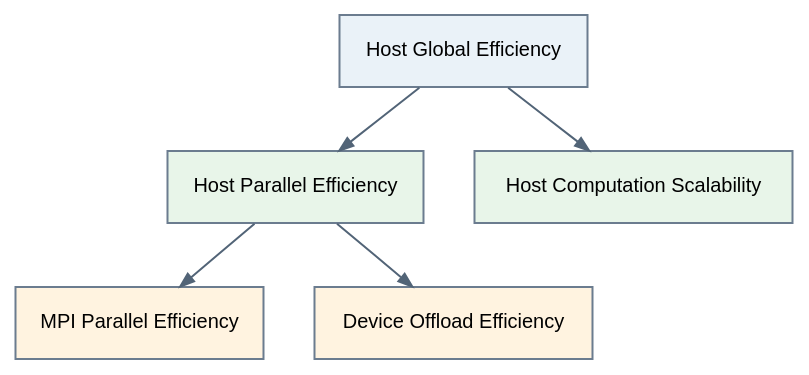
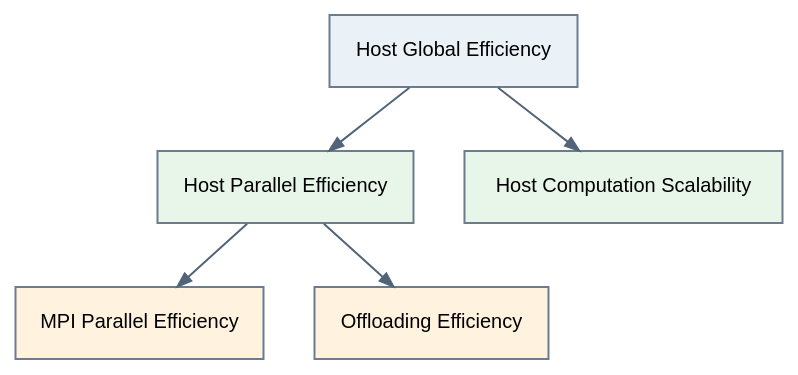
Before and after one commit to bsc-performance-tools/basicanalysis: the diagram in doc/source/graphs/06_host_efficiency_hierarchy.dot, drawn with Graphviz. The commit also changed 13 other files, not shown here.

First line of the commit message:
Review the metric definitions and rename Device Offload Efficiency to Offloading Efficiency

```diff
--- a/doc/source/graphs/06_host_efficiency_hierarchy.dot
+++ b/doc/source/graphs/06_host_efficiency_hierarchy.dot
@@ -1,55 +1,55 @@
    digraph HostEfficiencyHierarchy {
        rankdir=TB;
 
        graph [
            bgcolor="transparent",
            nodesep=0.35,
            ranksep=0.45
        ];
 
        node [
            shape=box,
            fontname="Helvetica",
            fontsize=10,
            style="filled",
            color="#6B7C8F",
            penwidth=1.0
        ];
 
        edge [
            color="#526477",
            penwidth=1.0,
            arrowsize=0.7
        ];
 
        host_global [
            label="Host Global Efficiency",
            fillcolor="#EAF2F8"
        ];
 
        host_parallel [
            label="Host Parallel Efficiency",
            fillcolor="#E8F5E9"
        ];
 
        mpi_parallel [
            label="MPI Parallel Efficiency",
            fillcolor="#FFF3E0"
        ];
 
        device_offload [
-           label="Device Offload Efficiency",
+           label="Offloading Efficiency",
            fillcolor="#FFF3E0"
        ];
 
        host_comp [
            label="Host Computation Scalability",
            fillcolor="#E8F5E9"
        ];
 
        host_global -> host_parallel;
        host_global -> host_comp;
 
        host_parallel -> mpi_parallel;
        host_parallel -> device_offload;
    }
```
